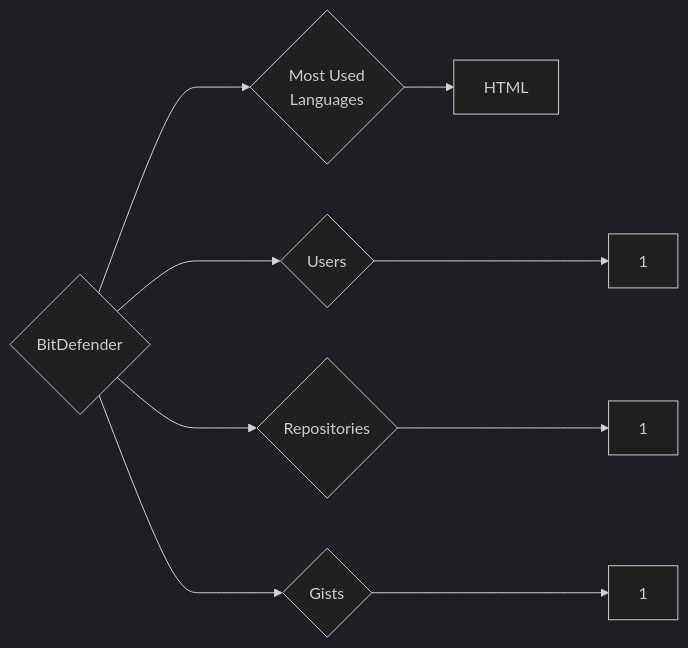
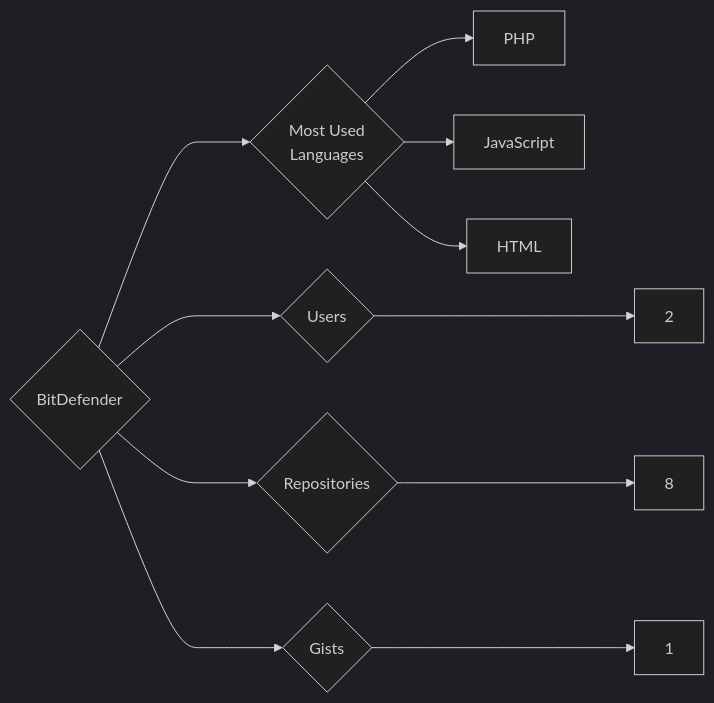
Before and after one commit to trickest/insiders: the diagram in targets/BitDefender/README.md, drawn with Mermaid (dark theme). The commit also changed 985 other files, not shown here.

````diff
--- a/targets/BitDefender/README.md
+++ b/targets/BitDefender/README.md
@@ -3,9 +3,11 @@
 ```mermaid
 graph LR
 COMPANY_NAME{BitDefender}
-COMPANY_NAME ---> U{Users} ---> UN[1]
-COMPANY_NAME ---> R{Repositories} ---> RN[1]
+COMPANY_NAME ---> U{Users} ---> UN[2]
+COMPANY_NAME ---> R{Repositories} ---> RN[8]
 COMPANY_NAME ---> G{Gists} ---> GN[1]
 COMPANY_NAME ---> ML{Most Used<br>Languages}
+ML --> PHP[PHP]
+ML --> JavaScript[JavaScript]
 ML --> HTML[HTML]
 ```
````
